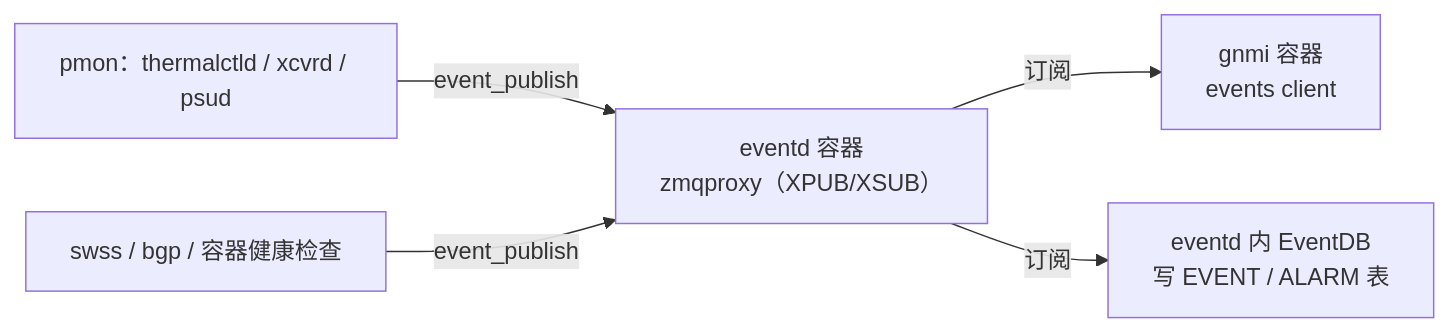
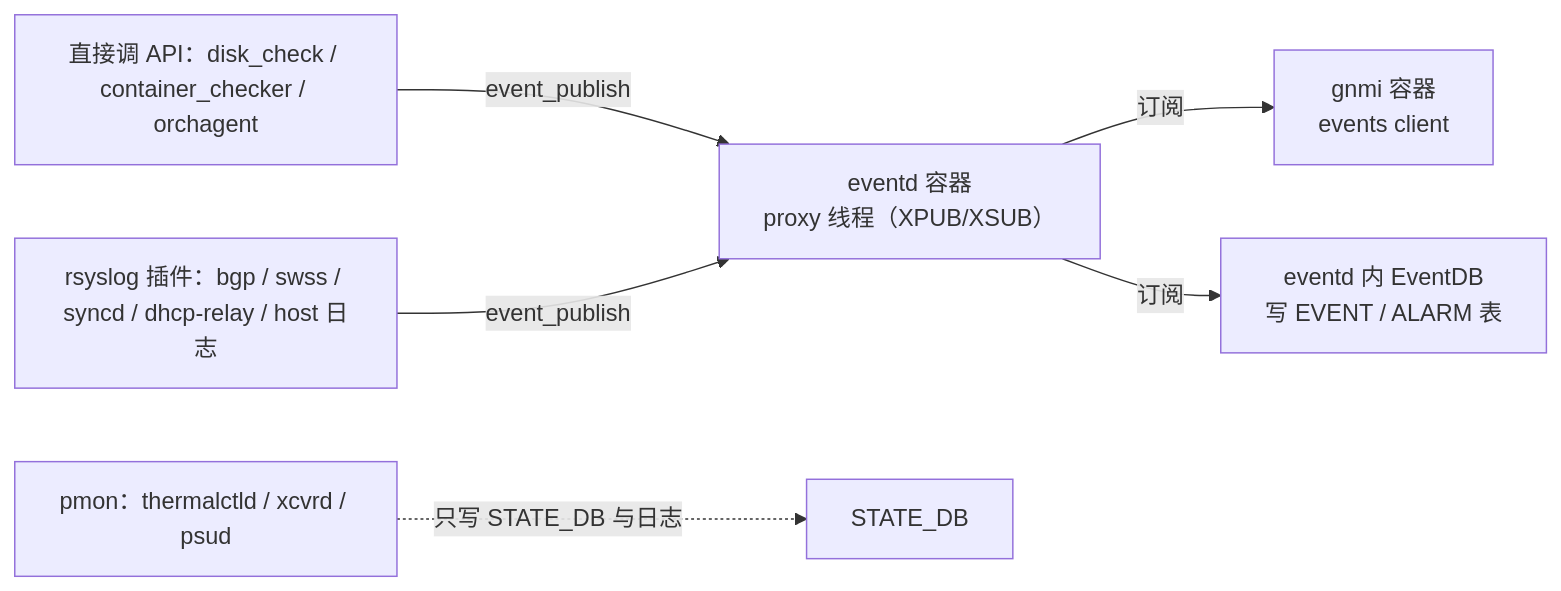
The fourth of 5 diagrams in 04-知识库/业界调研/sonic/SONiC-可观测采集与容器架构调研.md (liuhenian/AI_Document), drawn with Mermaid before and after one commit. The commit also changed other lines of this file and 32 other files, not shown here.

````diff
--- a/04-知识库/业界调研/sonic/SONiC-可观测采集与容器架构调研.md
+++ b/04-知识库/业界调研/sonic/SONiC-可观测采集与容器架构调研.md
@@ -350,7 +353,8 @@
 ```mermaid
 flowchart LR
-  P1["pmon：thermalctld / xcvrd / psud"] -- event_publish --> Z["eventd 容器<br/>zmqproxy（XPUB/XSUB）"]
-  P2["swss / bgp / 容器健康检查"] -- event_publish --> Z
+  P1["直接调 API：disk_check / container_checker / orchagent"] -- event_publish --> Z["eventd 容器<br/>proxy 线程（XPUB/XSUB）"]
+  P2["rsyslog 插件：bgp / swss / syncd / dhcp-relay / host 日志"] -- event_publish --> Z
+  PM["pmon：thermalctld / xcvrd / psud"] -. "只写 STATE_DB 与日志" .-> DB["STATE_DB"]
   Z -- 订阅 --> G["gnmi 容器<br/>events client"]
   Z -- 订阅 --> E["eventd 内 EventDB<br/>写 EVENT / ALARM 表"]
 ```
````
